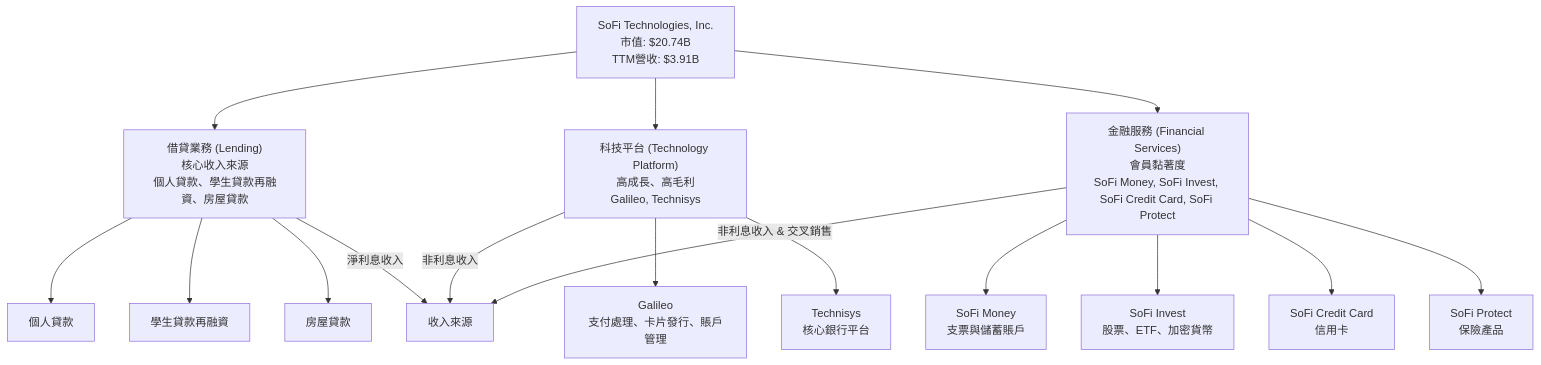
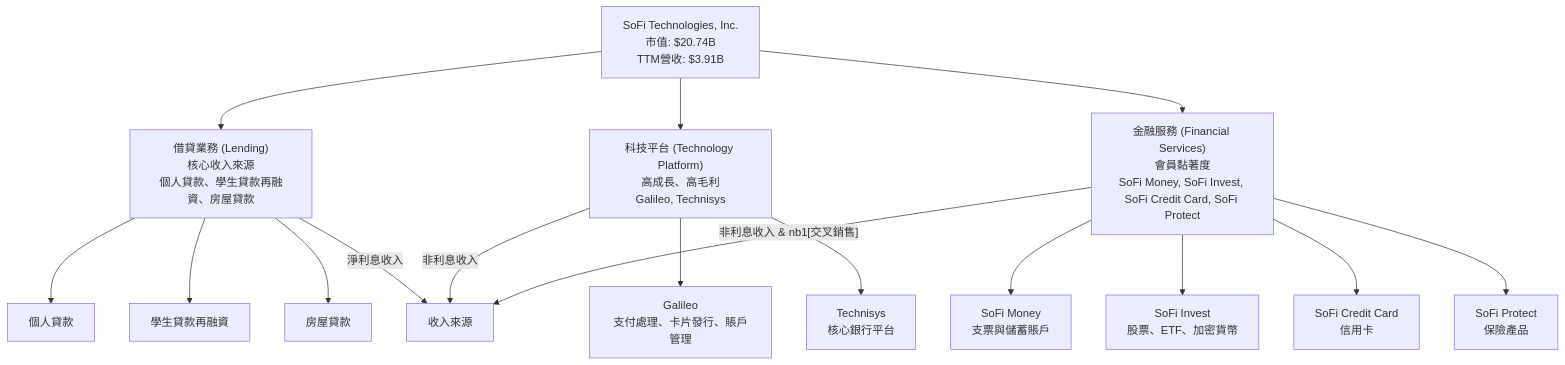
One commit to yennanliu/finance_data changed the second of 6 diagrams in ai_gen_report/stock/sofi/fundamental_analysis_2026-05-27_gemini.md. Above: the diagram before and after it, drawn with Mermaid. The commit also changed 2171 other files, not shown here.

First line of the commit message:
chore: re-run corrected Mermaid backfill across reports

````diff
--- a/ai_gen_report/stock/sofi/fundamental_analysis_2026-05-27_gemini.md
+++ b/ai_gen_report/stock/sofi/fundamental_analysis_2026-05-27_gemini.md
@@ -141,28 +141,28 @@
 ```mermaid
 graph TD
     SOFI_OVERVIEW["SoFi Technologies, Inc.<br/>市值: $20.74B<br/>TTM營收: $3.91B"]
 
     LENDING["借貸業務 (Lending)<br/>核心收入來源<br/>個人貸款、學生貸款再融資、房屋貸款"]
     TECH_PLATFORM["科技平台 (Technology Platform)<br/>高成長、高毛利<br/>Galileo, Technisys"]
     FIN_SERVICES["金融服務 (Financial Services)<br/>會員黏著度<br/>SoFi Money, SoFi Invest, SoFi Credit Card, SoFi Protect"]
 
     SOFI_OVERVIEW --> LENDING
     SOFI_OVERVIEW --> TECH_PLATFORM
     SOFI_OVERVIEW --> FIN_SERVICES
 
     LENDING --> PL["個人貸款"]
     LENDING --> SL["學生貸款再融資"]
     LENDING --> HL["房屋貸款"]
 
     TECH_PLATFORM --> GALILEO["Galileo<br/>支付處理、卡片發行、賬戶管理"]
     TECH_PLATFORM --> TECHNISYS["Technisys<br/>核心銀行平台"]
 
     FIN_SERVICES --> SOM["SoFi Money<br/>支票與儲蓄賬戶"]
     FIN_SERVICES --> SOI["SoFi Invest<br/>股票、ETF、加密貨幣"]
     FIN_SERVICES --> SOC["SoFi Credit Card<br/>信用卡"]
     FIN_SERVICES --> SOP["SoFi Protect<br/>保險產品"]
 
     LENDING -- "淨利息收入" --> REVENUE_STREAM["收入來源"]
     TECH_PLATFORM -- "非利息收入" --> REVENUE_STREAM
-    FIN_SERVICES -- "非利息收入 & 交叉銷售" --> REVENUE_STREAM
+    FIN_SERVICES -- "非利息收入  & nb1["交叉銷售""] --> REVENUE_STREAM
 ```
````
